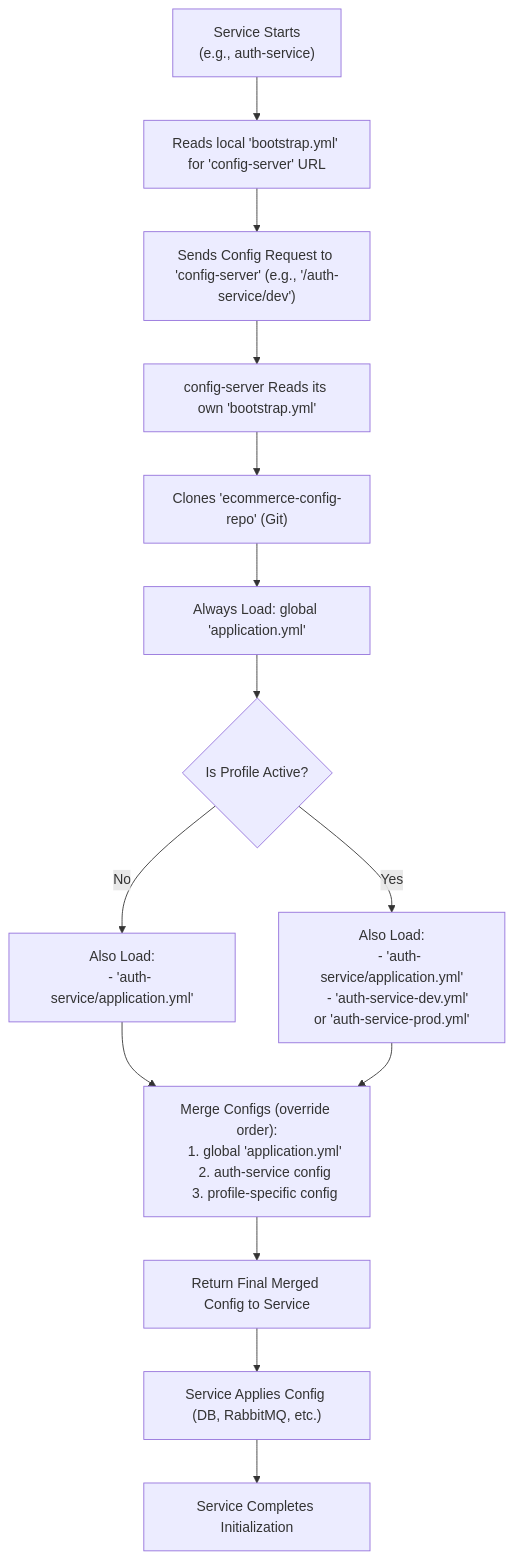
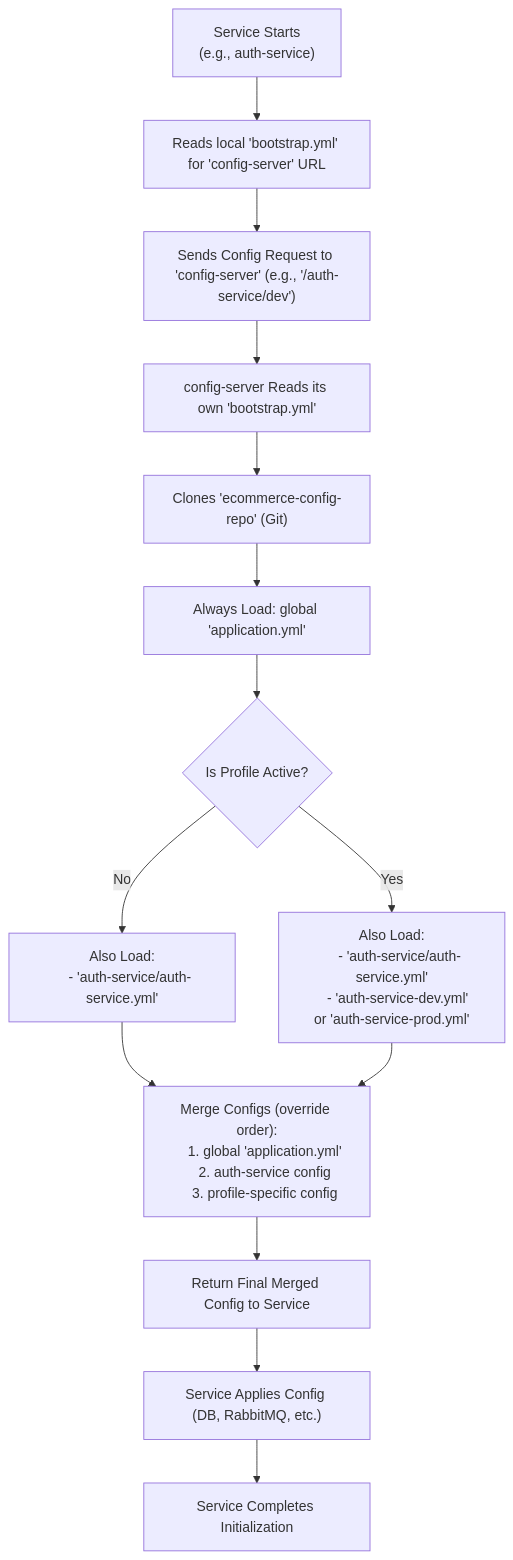
Before and after one commit to ar-ecommerce-platform/config-repo: the diagram in README.md, drawn with Mermaid. The commit also changed other lines of this file, not shown here.

````diff
--- a/README.md
+++ b/README.md
@@ -127,33 +127,33 @@
 ```mermaid
 flowchart TD
     A["Service Starts 
     (e.g., auth-service)"] --> B["Reads local 'bootstrap.yml' for 'config-server' URL"]
     
     B --> C["Sends Config Request to 'config-server' (e.g., '/auth-service/dev')"]
     C --> D["config-server Reads its own 'bootstrap.yml'"]
     D --> E["Clones 'ecommerce-config-repo' (Git)"]
     
     E --> F["Always Load: global 'application.yml'"]
 
     F --> G{"Is Profile Active?"}
     
     G -->|No| H["Also Load:
-    - 'auth-service/application.yml'"]
+    - 'auth-service/auth-service.yml'"]
     
     G -->|Yes| I["Also Load:
-    - 'auth-service/application.yml'
+    - 'auth-service/auth-service.yml'
     - 'auth-service-dev.yml' or 'auth-service-prod.yml'"]
     
     H --> J["Merge Configs (override order):
     1. global 'application.yml'
     2. auth-service config"]
     
     I --> J["Merge Configs (override order):
     1. global 'application.yml'
     2. auth-service config
     3. profile-specific config"]
     
     J --> K["Return Final Merged Config to Service"]
     K --> L["Service Applies Config (DB, RabbitMQ, etc.)"]
     L --> M["Service Completes Initialization"]
 ```
````
